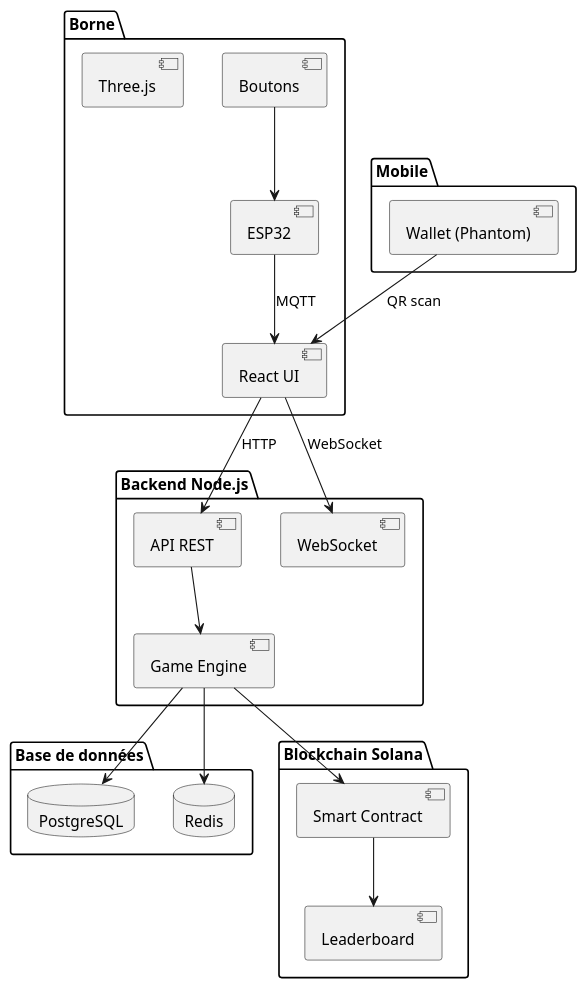
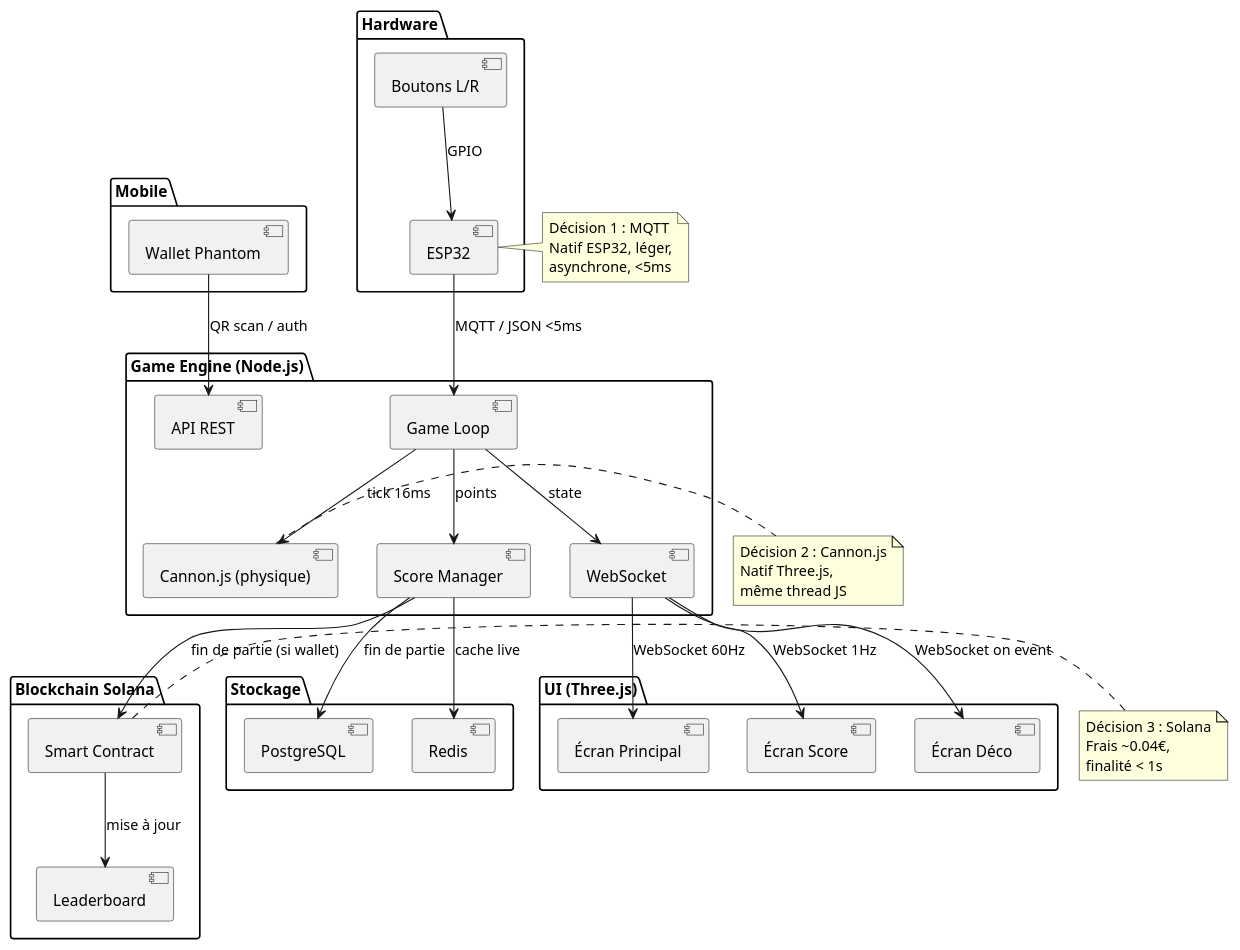
One commit to Flipper12HTC/main changed the diagram in docs/uml/architecture.puml. Above: the diagram before and after it, drawn with PlantUML. The commit also changed 1 other file, not shown here.

Commit message:
docs: modification architecture

```diff
--- a/docs/uml/architecture.puml
+++ b/docs/uml/architecture.puml
@@ -1,41 +1,72 @@
 @startuml
 
-package "Borne" {
-  component "Boutons" as BTN
-  component "ESP32" as ESP
-  component "Three.js" as THREE
-  component "React UI" as REACT
+package "Hardware" {
+  component [Boutons L/R] as BTN
+  component [ESP32] as ESP
 }
 
-package "Backend Node.js" {
-  component "API REST" as API
-  component "WebSocket" as WS
-  component "Game Engine" as GE
+package "Game Engine (Node.js)" {
+  component [Game Loop] as GL
+  component [Cannon.js (physique)] as PHY
+  component [Score Manager] as SM
+  component [API REST] as API
+  component [WebSocket] as WS
 }
 
-package "Base de données" {
-  database "PostgreSQL" as PG
-  database "Redis" as REDIS
+package "UI (Three.js)" {
+  component [Écran Principal] as E1
+  component [Écran Score] as E2
+  component [Écran Déco] as E3
+}
+
+package "Stockage" {
+  database [PostgreSQL] as PG
+  database [Redis] as REDIS
 }
 
 package "Blockchain Solana" {
-  component "Smart Contract" as SC
-  component "Leaderboard" as LB
+  component [Smart Contract] as SC
+  component [Leaderboard] as LB
 }
 
 package "Mobile" {
-  component "Wallet (Phantom)" as WALLET
+  component [Wallet Phantom] as WALLET
 }
 
-BTN --> ESP
-ESP --> REACT : MQTT
-REACT --> API : HTTP
-REACT --> WS : WebSocket
-API --> GE
-GE --> PG
-GE --> REDIS
-GE --> SC
-SC --> LB
-WALLET --> REACT : QR scan
+BTN --> ESP : GPIO
+ESP --> GL : MQTT / JSON <5ms
+
+GL --> PHY : tick 16ms
+GL --> SM : points
+GL --> WS : state
+
+WS --> E1 : WebSocket 60Hz
+WS --> E2 : WebSocket 1Hz
+WS --> E3 : WebSocket on event
+
+SM --> PG : fin de partie
+SM --> REDIS : cache live
+SM --> SC : fin de partie (si wallet)
+SC --> LB : mise à jour
+
+WALLET --> API : QR scan / auth
+
+note right of ESP
+  Décision 1 : MQTT
+  Natif ESP32, léger,
+  asynchrone, <5ms
+end note
+
+note right of PHY
+  Décision 2 : Cannon.js
+  Natif Three.js,
+  même thread JS
+end note
+
+note right of SC
+  Décision 3 : Solana
+  Frais ~0.04€,
+  finalité < 1s
+end note
 
 @enduml
```
